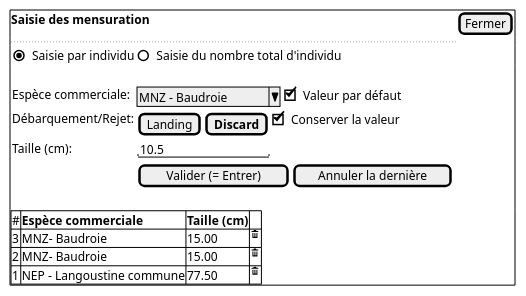
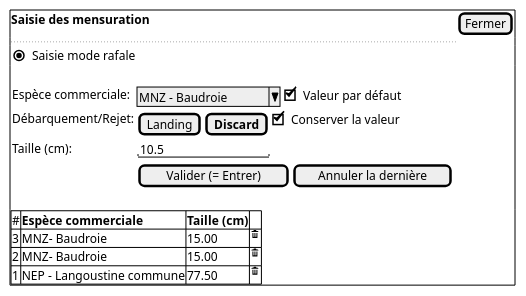
The diagram in use-case/collect/trip/operation-ui-batch-individual-adap.puml (sumaris-net/sumaris-doc), drawn with PlantUML before and after one commit. The commit also changed 3 other files, not shown here.

Commit message:
[enh] Add or UML class diagram on Program/Strategy [enh] Complete UML class diagram on Pmfm and Parameter

```diff
--- a/use-case/collect/trip/operation-ui-batch-individual-adap.puml
+++ b/use-case/collect/trip/operation-ui-batch-individual-adap.puml
@@ -1,27 +1,27 @@
 @startsalt
 {+
   <b>Saisie des mensuration | [Fermer]
   ..
 
-  {(X) Saisie par individu | () Saisie du nombre total d'individu }
+  {(X) Saisie mode rafale  }
   {
       .
       Espèce commerciale:       | { ^MNZ - Baudroie  ^ | [X] Valeur par défaut }
       Débarquement/Rejet:       | { [Landing]   | [<b>Discard] | [X] Conserver la valeur }
       Taille (cm):              | { "          10.5  "  }
 
       . |  {[Valider (= Entrer)] | [Annuler la dernière]}
       .
 
     }
 
     {#
       # | <b>Espèce commerciale       | <b>Taille (cm)   | .
       3 | MNZ- Baudroie               | 15.00            | <&trash>
       2 | MNZ- Baudroie               | 15.00           | <&trash>
       1 | NEP - Langoustine commune   | 77.50            | <&trash>
     }
 
 
 }
 @endsalt
```
